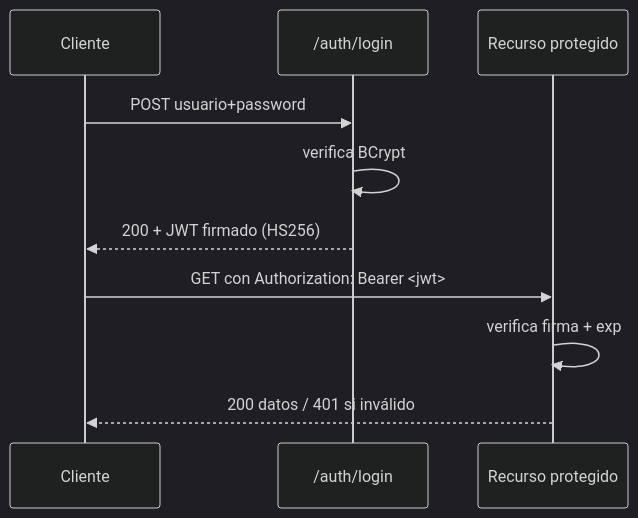
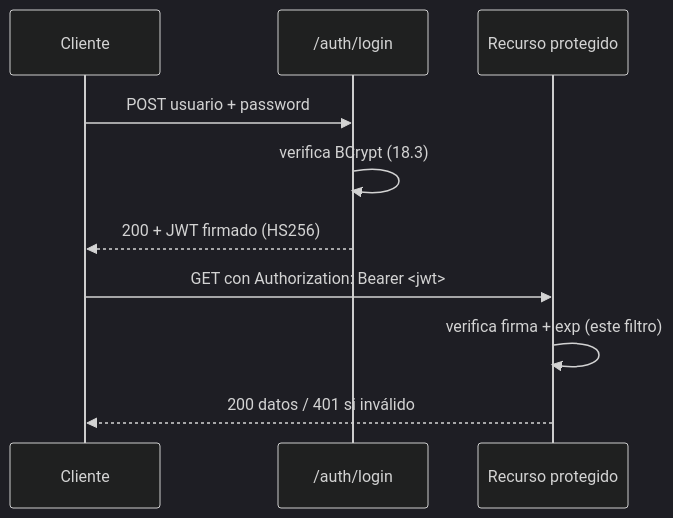
One commit to obiticadev/DAM-2025-26 changed the second of 4 diagrams in Programación/Aprendizaje autodidacta/11_APIRESTMasterclass/teoria/18_Seguridad_JWT.md. Above: the diagram before and after it, drawn with Mermaid (dark theme). The commit also changed other lines of this file and 69 other files, not shown here.

````diff
--- a/Programación/Aprendizaje autodidacta/11_APIRESTMasterclass/teoria/18_Seguridad_JWT.md
+++ b/Programación/Aprendizaje autodidacta/11_APIRESTMasterclass/teoria/18_Seguridad_JWT.md
@@ -33,12 +227,12 @@
 ```mermaid
 sequenceDiagram
     participant C as Cliente
     participant A as /auth/login
     participant R as Recurso protegido
-    C->>A: POST usuario+password
-    A->>A: verifica BCrypt
+    C->>A: POST usuario + password
+    A->>A: verifica BCrypt (18.3)
     A-->>C: 200 + JWT firmado (HS256)
     C->>R: GET con Authorization: Bearer <jwt>
-    R->>R: verifica firma + exp
+    R->>R: verifica firma + exp (este filtro)
     R-->>C: 200 datos / 401 si inválido
 ```
````
